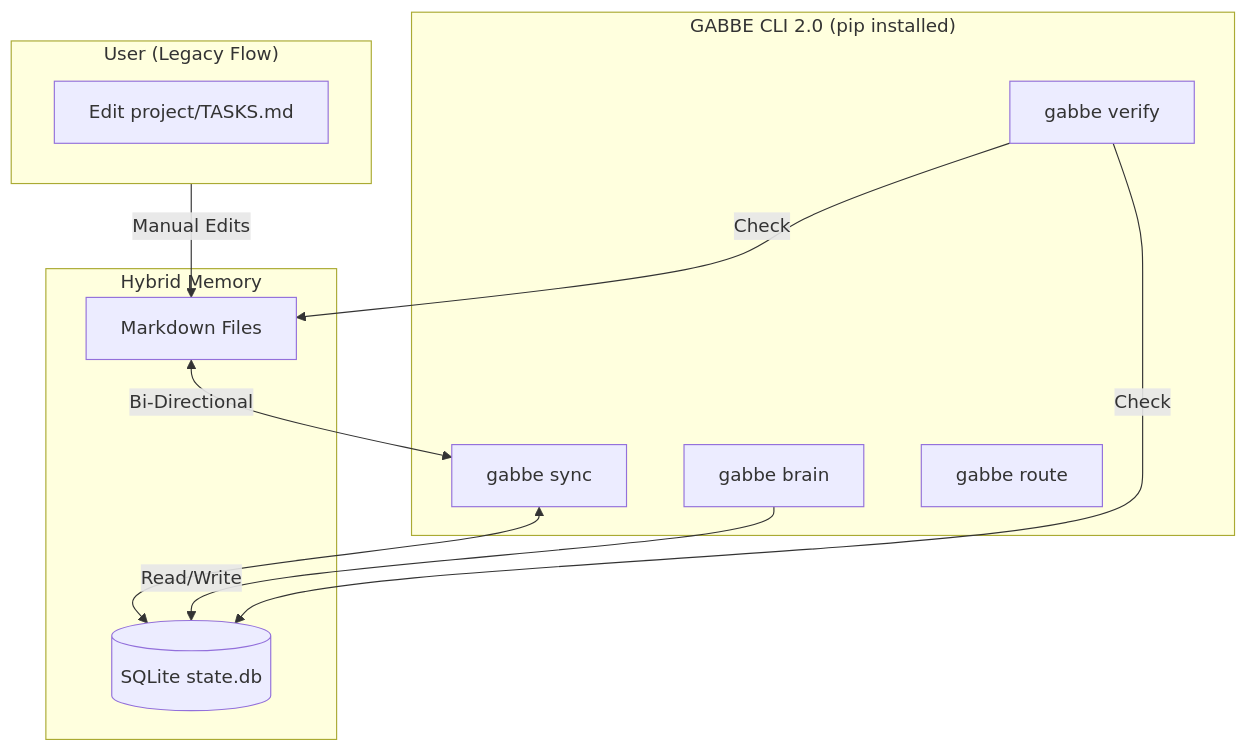
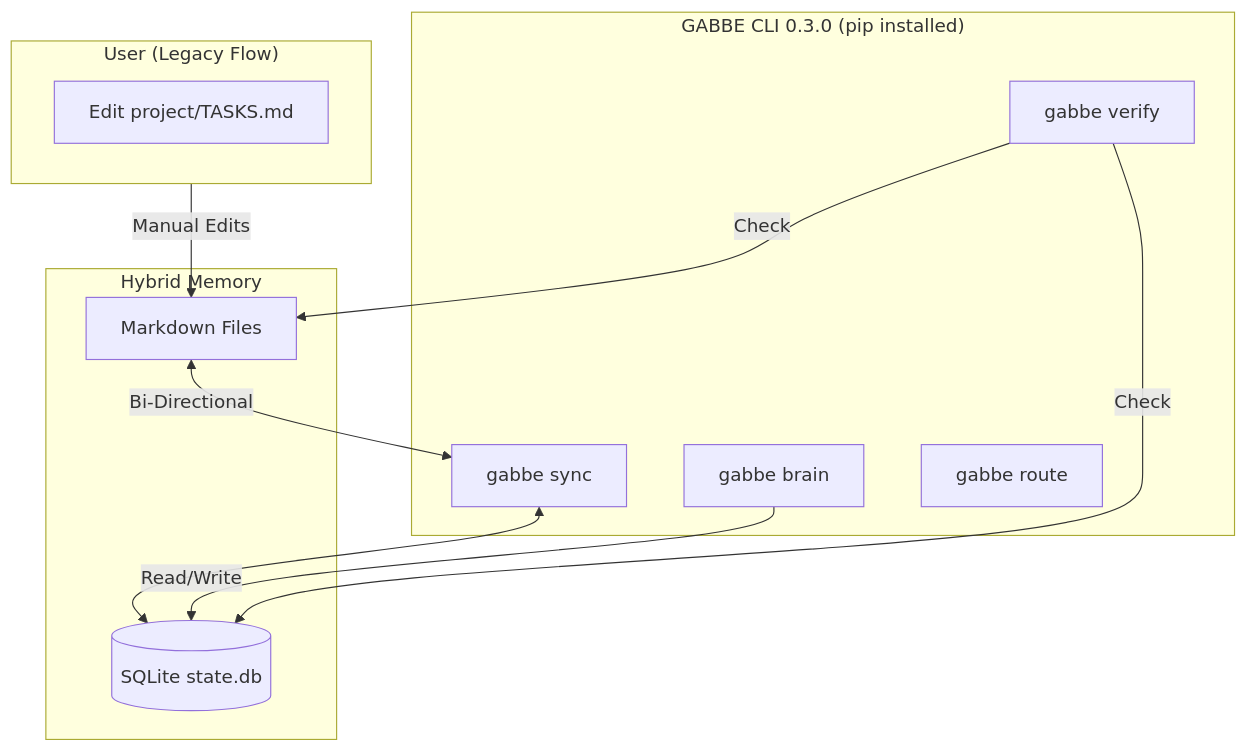
The first of 4 diagrams in README.md (andreibesleaga/GABBE), drawn with Mermaid before and after one commit. The commit also changed other lines of this file and 15 other files, not shown here.

````diff
--- a/README.md
+++ b/README.md
@@ -175,25 +175,25 @@
 ```mermaid
 graph TD
     subgraph User["User (Legacy Flow)"]
         Edit[Edit project/TASKS.md]
     end
 
-    subgraph CLI["GABBE CLI 2.0 (pip installed)"]
+    subgraph CLI["GABBE CLI 0.3.0 (pip installed)"]
         Sync[gabbe sync]
         Verify[gabbe verify]
         Brain[gabbe brain]
         Router[gabbe route]
     end
 
     subgraph Storage["Hybrid Memory"]
         MD[Markdown Files]
         DB[(SQLite state.db)]
     end
 
     User -->|Manual Edits| MD
     MD <-->|Bi-Directional| Sync
     Sync <--> DB
     Brain -->|Read/Write| DB
     Verify -->|Check| MD
     Verify -->|Check| DB
 ```
````
